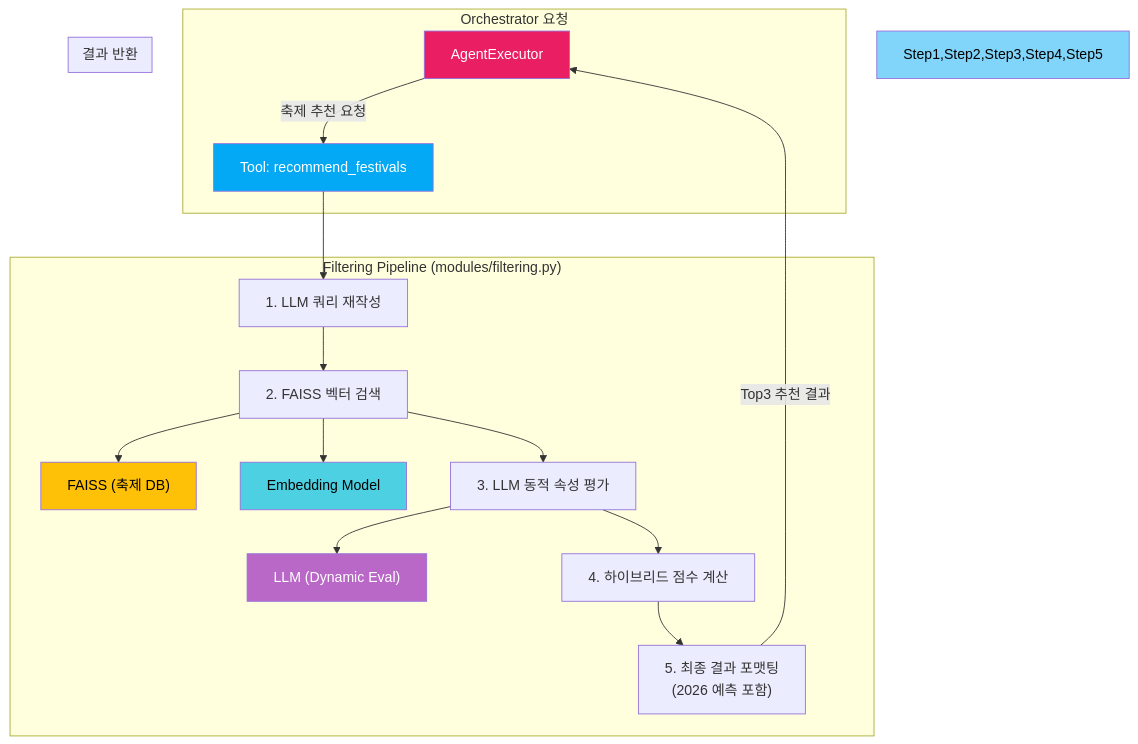
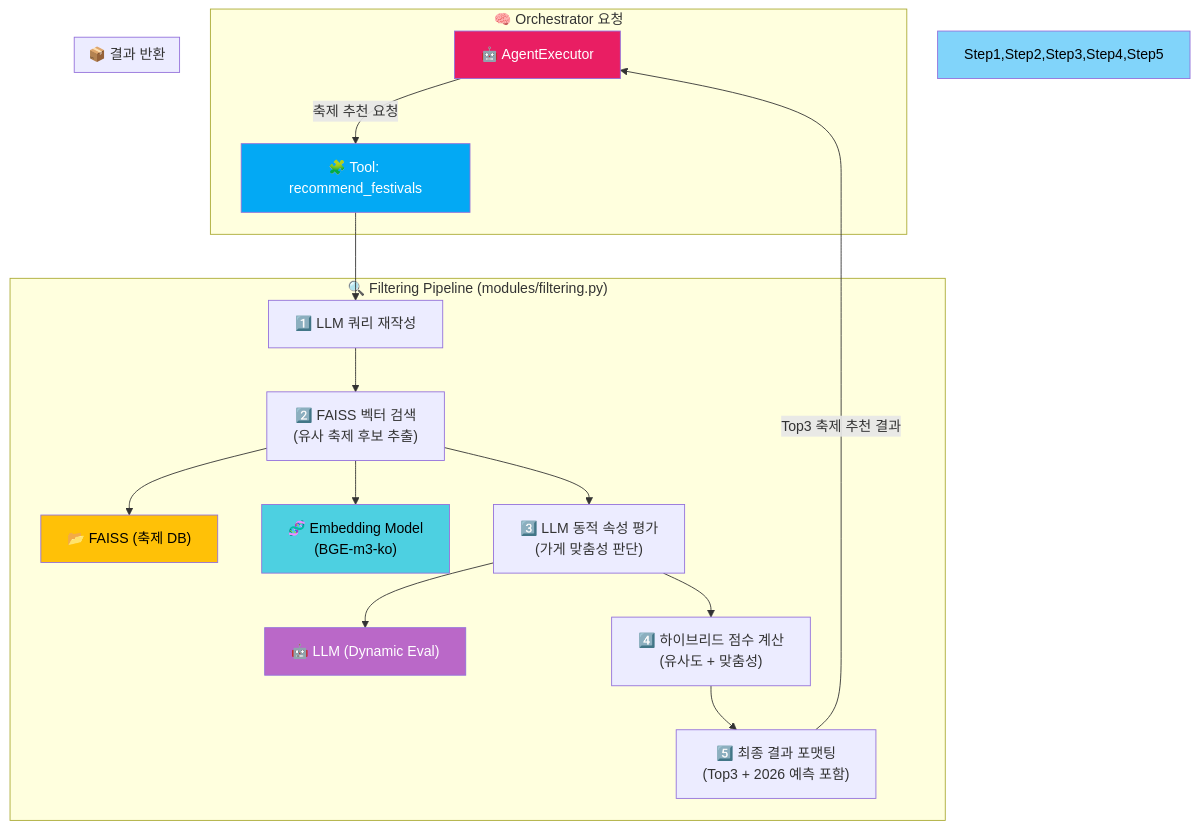
One commit to Synapse-Bigcontest/2025_bigcontest changed the second of 4 diagrams in README.md. Above: the diagram before and after it, drawn with Mermaid. The commit also changed other lines of this file, not shown here.

````diff
--- a/README.md
+++ b/README.md
@@ -117,29 +128,30 @@
 ```mermaid
 graph TD
-    subgraph "Orchestrator 요청"
-        Agent["AgentExecutor"] -- 축제 추천 요청 --> Tool_Rec["Tool: recommend_festivals"]
+
+    subgraph "🧠 Orchestrator 요청"
+        Agent["🤖 AgentExecutor"] -- "축제 추천 요청" --> Tool_Rec["🧩 Tool: recommend_festivals"]
     end
 
-    subgraph "Filtering Pipeline (modules/filtering.py)"
-        Tool_Rec --> Step1["1. LLM 쿼리 재작성"]
-        Step1 --> Step2["2. FAISS 벡터 검색"]
-        Step2 --> VSF["FAISS (축제 DB)"]
-        Step2 --> EM["Embedding Model"]
-        Step2 --> Step3["3. LLM 동적 속성 평가"]
-        Step3 --> LLM1["LLM (Dynamic Eval)"]
-        Step3 --> Step4["4. 하이브리드 점수 계산"]
-        Step4 --> Step5["5. 최종 결과 포맷팅\n(2026 예측 포함)"]
+    subgraph "🔍 Filtering Pipeline (modules/filtering.py)"
+        Tool_Rec --> Step1["1️⃣ LLM 쿼리 재작성"]
+        Step1 --> Step2["2️⃣ FAISS 벡터 검색<br>(유사 축제 후보 추출)"]
+        Step2 --> VSF["📂 FAISS (축제 DB)"]
+        Step2 --> EM["🧬 Embedding Model<br>(BGE-m3-ko)"]
+        Step2 --> Step3["3️⃣ LLM 동적 속성 평가<br>(가게 맞춤성 판단)"]
+        Step3 --> LLM1["🤖 LLM (Dynamic Eval)"]
+        Step3 --> Step4["4️⃣ 하이브리드 점수 계산<br>(유사도 + 맞춤성)"]
+        Step4 --> Step5["5️⃣ 최종 결과 포맷팅<br>(Top3 + 2026 예측 포함)"]
     end
 
-    subgraph "결과 반환"
-        Step5 -- Top3 추천 결과 --> Agent
+    subgraph "📦 결과 반환"
+        Step5 -- "Top3 축제 추천 결과" --> Agent
     end
 
-    %% Styling
+    %% 스타일
     style Agent fill:#E91E63,color:#fff
     style Tool_Rec fill:#03A9F4,color:#fff
     style Step1,Step2,Step3,Step4,Step5 fill:#81D4FA,color:#000
     style VSF fill:#FFC107,color:#000
     style EM fill:#4DD0E1,color:#000
     style LLM1 fill:#BA68C8,color:#fff
 ```
````
